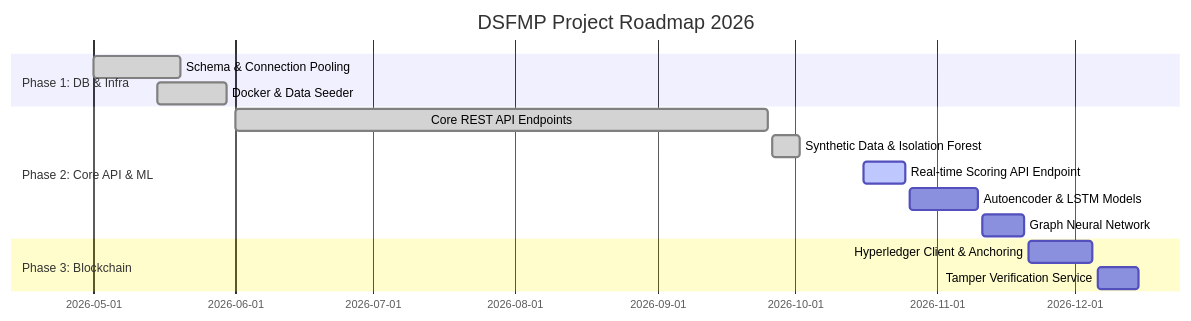
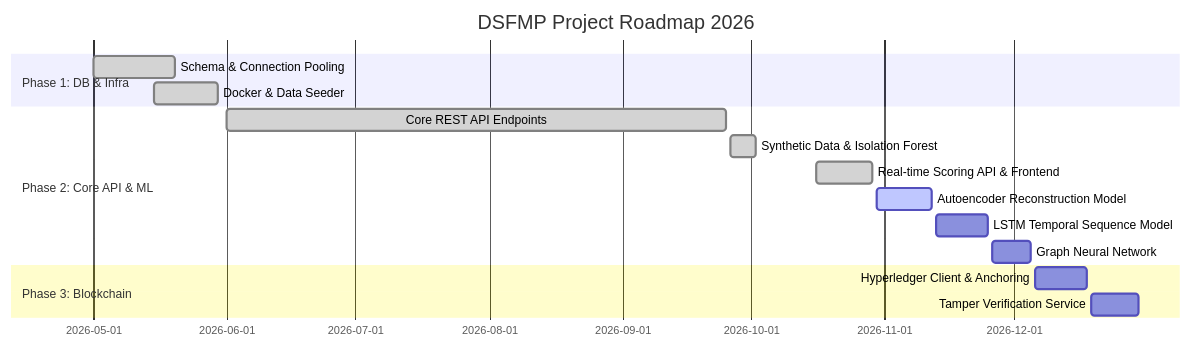
Before and after one commit to ErediAlvin/Fraud-and-Anomaly-Detection-DSFMP: the diagram in progress.md, drawn with Mermaid. The commit also changed other lines of this file and 12 other files, not shown here.

First line of the commit message:
feat(ml): integrate Isolation Forest live inference API and interactive frontend testing sandbox

````diff
--- a/progress.md
+++ b/progress.md
@@ -128,17 +155,18 @@
 ```mermaid
 gantt
     title DSFMP Project Roadmap 2026
     dateFormat  YYYY-MM-DD
     section Phase 1: DB & Infra
-    Schema & Connection Pooling     :done, 2026-05-01, 2026-05-20
-    Docker & Data Seeder           :done, 2026-05-15, 2026-05-30
+    Schema & Connection Pooling        :done, 2026-05-01, 2026-05-20
+    Docker & Data Seeder              :done, 2026-05-15, 2026-05-30
     section Phase 2: Core API & ML
-    Core REST API Endpoints        :done, 2026-06-01, 2026-09-25
+    Core REST API Endpoints           :done, 2026-06-01, 2026-09-25
     Synthetic Data & Isolation Forest :done, 2026-09-26, 2026-10-02
-    Real-time Scoring API Endpoint :active, 2026-10-16, 2026-10-25
-    Autoencoder & LSTM Models      : 2026-10-26, 2026-11-10
-    Graph Neural Network           : 2026-11-11, 2026-11-20
+    Real-time Scoring API & Frontend  :done, 2026-10-16, 2026-10-29
+    Autoencoder Reconstruction Model   :active, 2026-10-30, 2026-11-12
+    LSTM Temporal Sequence Model      : 2026-11-13, 2026-11-25
+    Graph Neural Network              : 2026-11-26, 2026-12-05
     section Phase 3: Blockchain
-    Hyperledger Client & Anchoring : 2026-11-21, 2026-12-05
-    Tamper Verification Service    : 2026-12-06, 2026-12-15
+    Hyperledger Client & Anchoring    : 2026-12-06, 2026-12-18
+    Tamper Verification Service       : 2026-12-19, 2026-12-30
 ```
````
